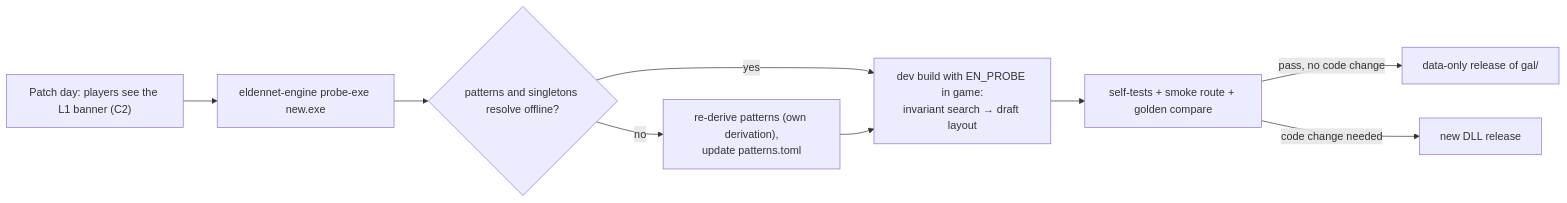
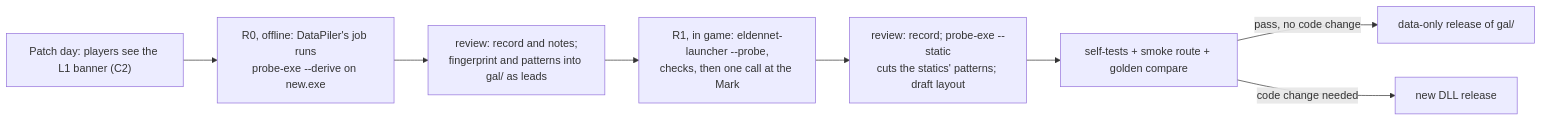
Before and after one commit to Pt0l3my/EldenNet: the seventh of 9 diagrams in docs/design/architecture.md, drawn with Mermaid. The commit also changed other lines of this file and 1 other file, not shown here.

First line of the commit message:
ARCH §6 and DESIGN §4.2: the derivation round as O89 decided and the GAL as built

````diff
--- a/docs/design/architecture.md
+++ b/docs/design/architecture.md
@@ -1110,10 +1291,10 @@
 ```mermaid
 flowchart LR
-  A["Patch day: players see the L1 banner (C2)"] --> B["eldennet-engine probe-exe new.exe"]
-  B --> C{"patterns and singletons resolve offline?"}
-  C -->|"yes"| D["dev build with EN_PROBE in game:<br/>invariant search → draft layout"]
-  C -->|"no"| X["re-derive patterns (own derivation),<br/>update patterns.toml"] --> D
-  D --> E["self-tests + smoke route + golden compare"]
+  A["Patch day: players see the L1 banner (C2)"] --> B["R0, offline: DataPiler's job runs<br/>probe-exe --derive on new.exe"]
+  B --> C["review: record and notes;<br/>fingerprint and patterns into gal/ as leads"]
+  C --> D["R1, in game: eldennet-launcher --probe,<br/>checks, then one call at the Mark"]
+  D --> R["review: record; probe-exe --static<br/>cuts the statics' patterns; draft layout"]
+  R --> E["self-tests + smoke route + golden compare"]
   E -->|"pass, no code change"| F["data-only release of gal/"]
   E -->|"code change needed"| G["new DLL release"]
 ```
````
